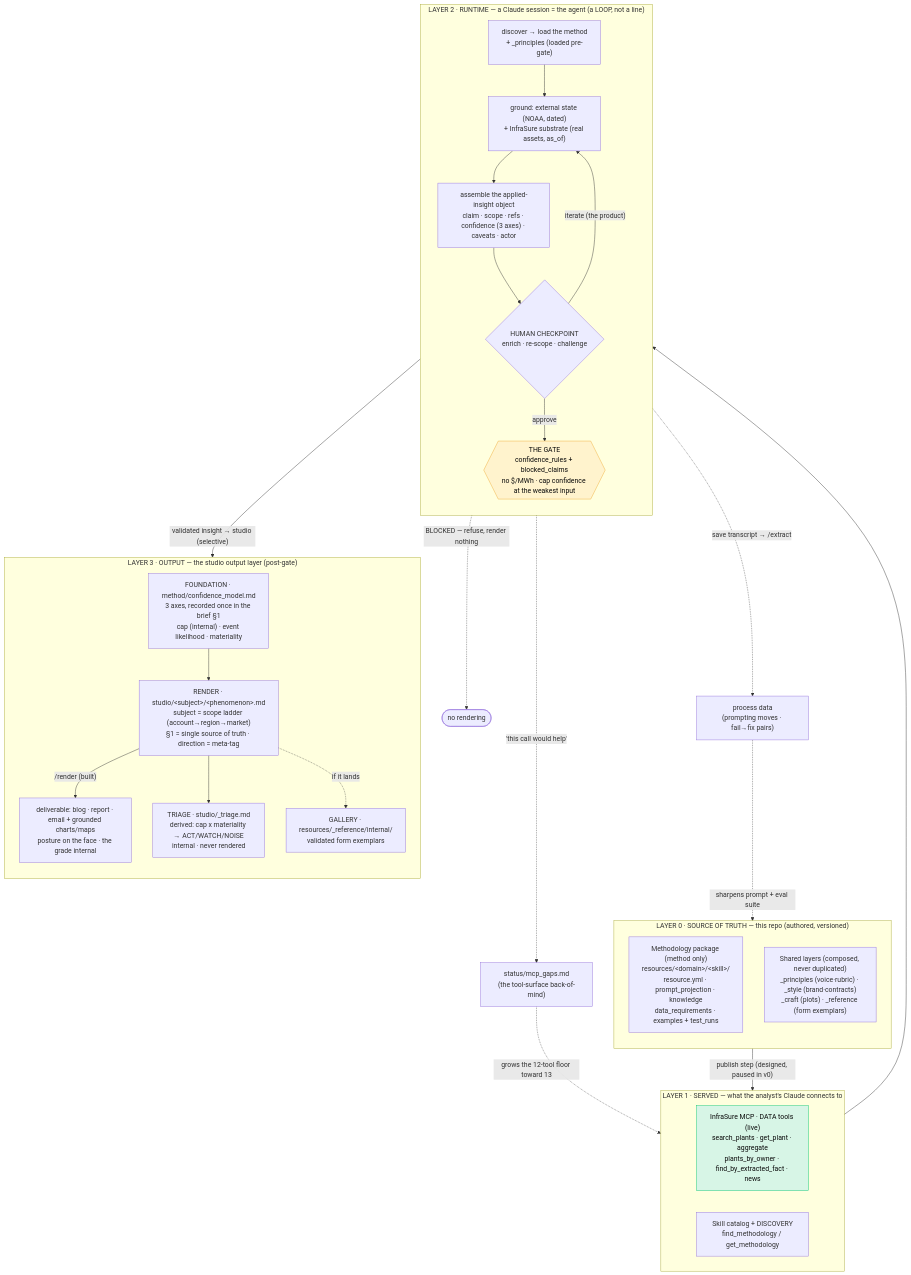
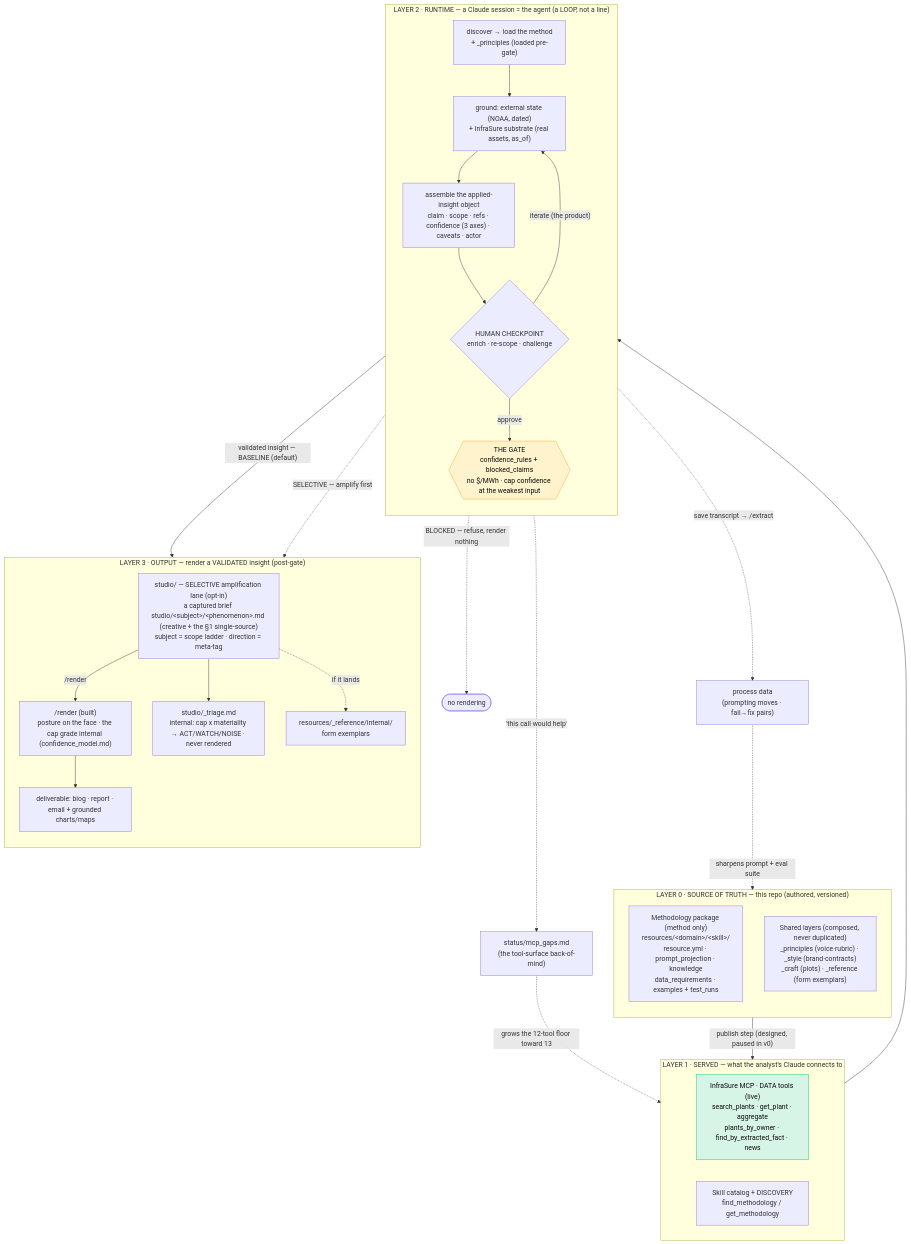
One commit to dg3-ui/insights_lab changed the diagram in docs/architecture.md. Above: the diagram before and after it, drawn with Mermaid. The commit also changed other lines of this file and 8 other files, not shown here.

````diff
--- a/docs/architecture.md
+++ b/docs/architecture.md
@@ -40,58 +40,59 @@
 ```mermaid
 flowchart TD
     subgraph L0["LAYER 0 · SOURCE OF TRUTH — this repo (authored, versioned)"]
         direction TB
         PKG["Methodology package (method only)<br/>resources/&lt;domain&gt;/&lt;skill&gt;/<br/>resource.yml · prompt_projection · knowledge<br/>data_requirements · examples + test_runs"]
         SHARED["Shared layers (composed, never duplicated)<br/>_principles (voice·rubric) · _style (brand·contracts)<br/>_craft (plots) · _reference (form exemplars)"]
     end
 
     L0 -->|"publish step (designed, paused in v0)"| L1
 
     subgraph L1["LAYER 1 · SERVED — what the analyst's Claude connects to"]
         direction LR
         DATA["InfraSure MCP · DATA tools (live)<br/>search_plants · get_plant · aggregate<br/>plants_by_owner · find_by_extracted_fact · news"]
         CAT["Skill catalog + DISCOVERY<br/>find_methodology / get_methodology"]
     end
 
     L1 --> DISC
 
     subgraph L2["LAYER 2 · RUNTIME — a Claude session = the agent (a LOOP, not a line)"]
         direction TB
         DISC["discover → load the method<br/>+ _principles (loaded pre-gate)"]
         GND["ground: external state (NOAA, dated)<br/>+ InfraSure substrate (real assets, as_of)"]
         ASM["assemble the applied-insight object<br/>claim · scope · refs · confidence (3 axes) · caveats · actor"]
         HUMAN{"HUMAN CHECKPOINT<br/>enrich · re-scope · challenge"}
         GATE{{"THE GATE<br/>confidence_rules + blocked_claims<br/>no $/MWh · cap confidence at the weakest input"}}
         DISC --> GND --> ASM --> HUMAN
         HUMAN -->|"iterate (the product)"| GND
         HUMAN -->|approve| GATE
     end
 
     GATE -.->|"BLOCKED — refuse, render nothing"| STOP(["no rendering"])
-    GATE -->|"validated insight → studio (selective)"| RENDER
+    GATE -->|"validated insight — BASELINE (default)"| RENDER
+    GATE -.->|"SELECTIVE — amplify first"| STUDIO
 
-    subgraph L3["LAYER 3 · OUTPUT — the studio output layer (post-gate)"]
+    subgraph L3["LAYER 3 · OUTPUT — render a VALIDATED insight (post-gate)"]
         direction TB
-        CONF["FOUNDATION · method/confidence_model.md<br/>3 axes, recorded once in the brief §1<br/>cap (internal) · event likelihood · materiality"]
-        RENDER["RENDER · studio/&lt;subject&gt;/&lt;phenomenon&gt;.md<br/>subject = scope ladder (account→region→market)<br/>§1 = single source of truth · direction = meta-tag"]
-        TRIAGE["TRIAGE · studio/_triage.md<br/>derived: cap x materiality → ACT/WATCH/NOISE<br/>internal · never rendered"]
-        GALLERY["GALLERY · resources/_reference/internal/<br/>validated form exemplars"]
-        OUT["deliverable: blog · report · email + grounded charts/maps<br/>posture on the face · the grade internal"]
-        CONF --> RENDER
-        RENDER -->|"/render (built)"| OUT
-        RENDER --> TRIAGE
-        RENDER -.->|"if it lands"| GALLERY
+        RENDER["/render (built)<br/>posture on the face · the cap grade internal (confidence_model.md)"]
+        STUDIO["studio/ — SELECTIVE amplification lane (opt-in)<br/>a captured brief studio/&lt;subject&gt;/&lt;phenomenon&gt;.md (creative + the §1 single-source)<br/>subject = scope ladder · direction = meta-tag"]
+        TRIAGE["studio/_triage.md<br/>internal: cap x materiality → ACT/WATCH/NOISE · never rendered"]
+        GALLERY["resources/_reference/internal/<br/>form exemplars"]
+        OUT["deliverable: blog · report · email + grounded charts/maps"]
+        STUDIO -->|"/render"| RENDER
+        RENDER --> OUT
+        STUDIO --> TRIAGE
+        STUDIO -.->|"if it lands"| GALLERY
     end
 
     PROC["process data<br/>(prompting moves · fail→fix pairs)"]
     GAPS["status/mcp_gaps.md<br/>(the tool-surface back-of-mind)"]
     L2 -.->|"save transcript → /extract"| PROC
     PROC -.->|"sharpens prompt + eval suite"| PKG
     L2 -.->|"'this call would help'"| GAPS
     GAPS -.->|"grows the 12-tool floor toward 13"| DATA
 
     classDef gate fill:#fff3cd,stroke:#efa831,color:#0a0a0a;
     classDef live fill:#d7f5e6,stroke:#00c470,color:#0a0a0a;
     class GATE gate;
     class DATA live;
 ```
````
